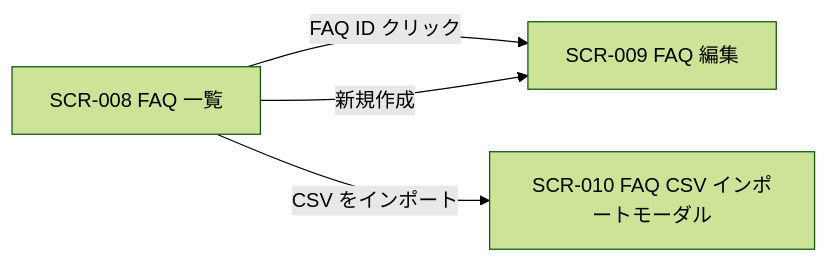
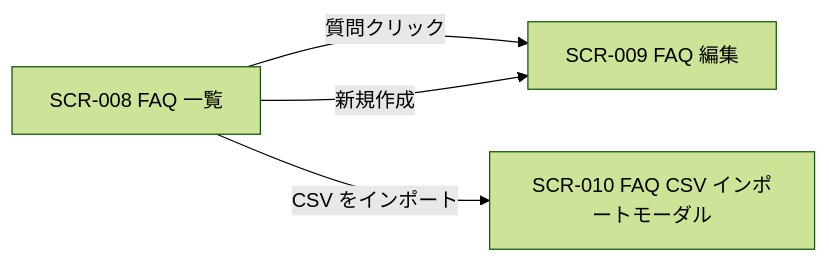
Before and after one commit to sikakou54/open-faq: the diagram in 02_basic_design/01_frontend/01_screens/SCR-008.md, drawn with Mermaid (forest theme). The commit also changed other lines of this file and 11 other files, not shown here.

````diff
--- a/02_basic_design/01_frontend/01_screens/SCR-008.md
+++ b/02_basic_design/01_frontend/01_screens/SCR-008.md
@@ -23,9 +23,9 @@
 ```mermaid
 flowchart LR
   S1["SCR-008 FAQ 一覧"]
   S2["SCR-009 FAQ 編集"]
   S3["SCR-010 FAQ CSV インポートモーダル"]
-  S1 -->|FAQ ID クリック| S2
+  S1 -->|質問クリック| S2
   S1 -->|新規作成| S2
   S1 -->|CSV をインポート| S3
 ```
````
